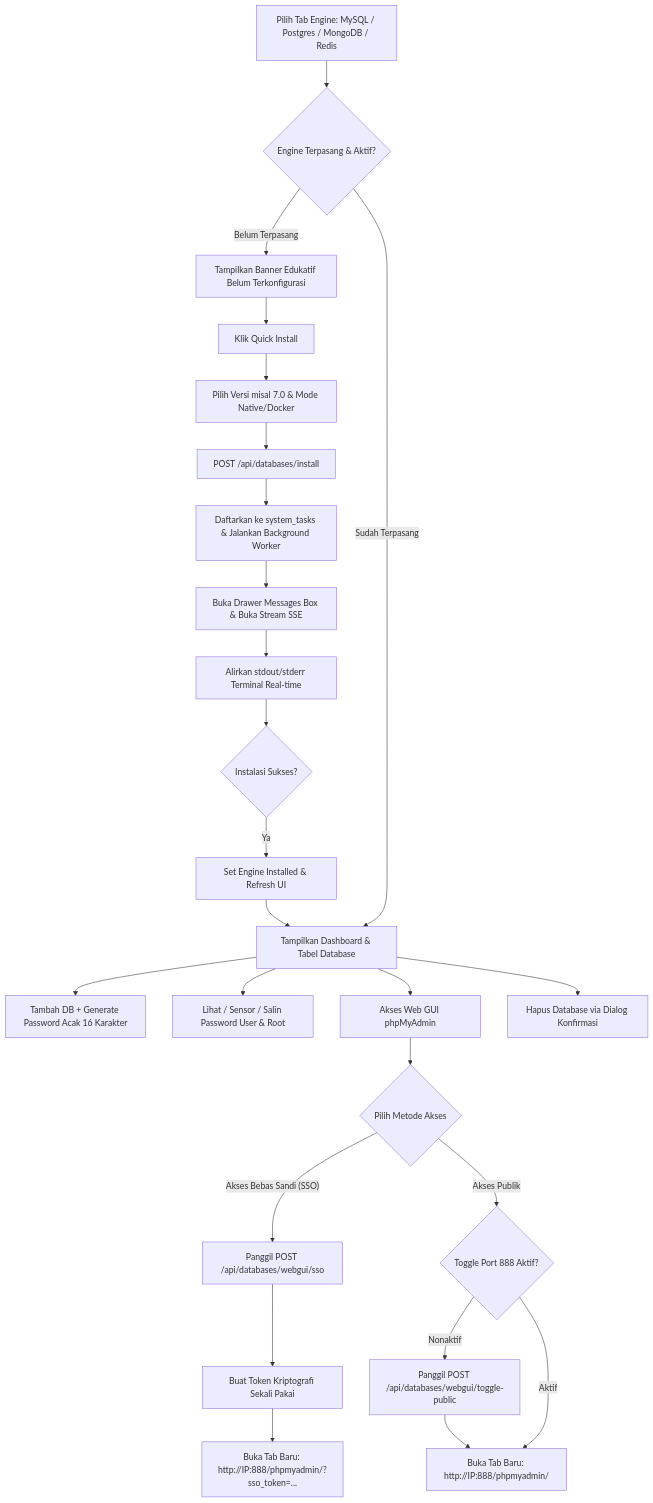
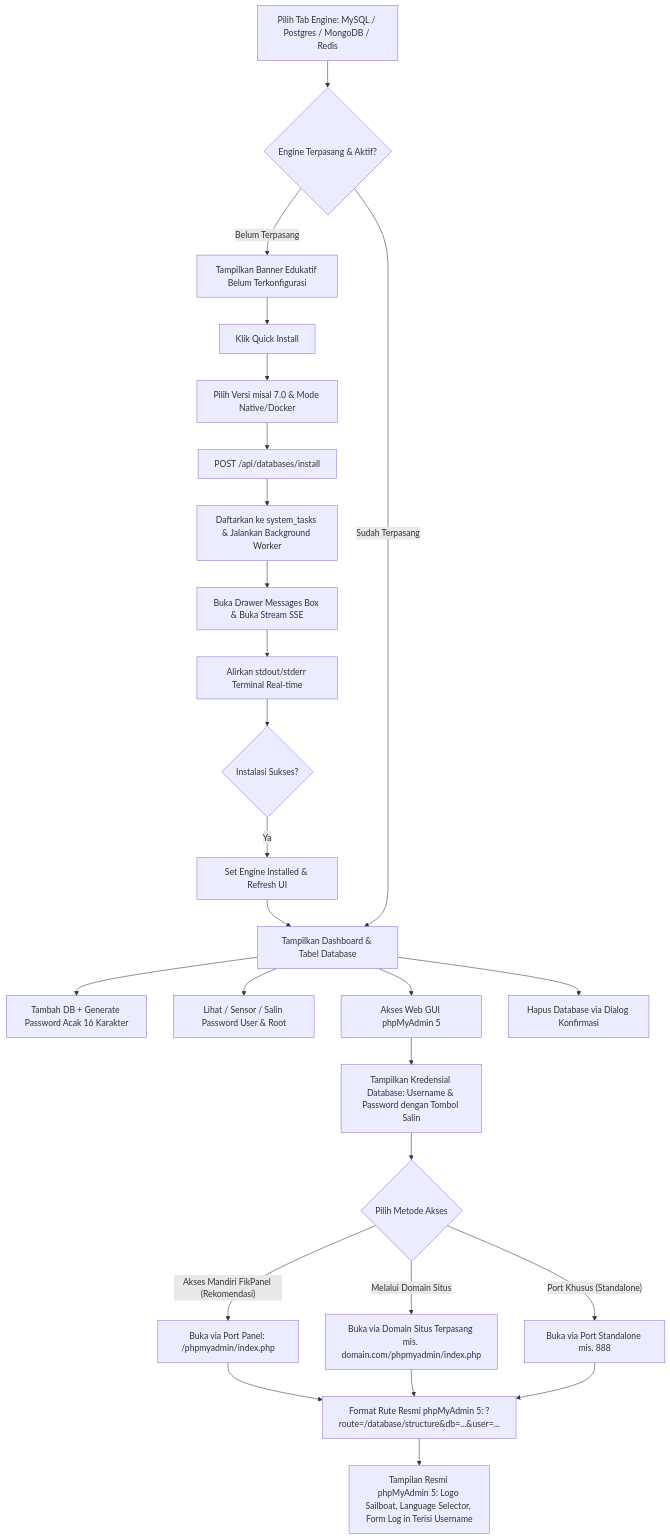
The fourth of 4 diagrams in documentation.md (FikFikk/fikpanel), drawn with Mermaid before and after one commit. The commit also changed 28 other files, not shown here.

Commit message:
feat(database): replicate authentic phpmyadmin 5 interface and url route

````diff
--- a/documentation.md
+++ b/documentation.md
@@ -86,29 +86,30 @@
 ```mermaid
 flowchart TD
     PilihEngine[Pilih Tab Engine: MySQL / Postgres / MongoDB / Redis] --> CekTerpasang{Engine Terpasang & Aktif?}
     
     CekTerpasang -- Belum Terpasang --> EmptyState[Tampilkan Banner Edukatif Belum Terkonfigurasi]
     EmptyState --> KlikInstall[Klik Quick Install]
     KlikInstall --> ModalVersi[Pilih Versi misal 7.0 & Mode Native/Docker]
     ModalVersi --> PicuInstall[POST /api/databases/install]
     PicuInstall --> TaskQueue[Daftarkan ke system_tasks & Jalankan Background Worker]
     TaskQueue --> MessagesBox[Buka Drawer Messages Box & Buka Stream SSE]
     MessagesBox --> StreamLog[Alirkan stdout/stderr Terminal Real-time]
     StreamLog --> SelesaiInstall{Instalasi Sukses?}
     SelesaiInstall -- Ya --> UpdateState[Set Engine Installed & Refresh UI]
     UpdateState --> DashboardDB
     
     CekTerpasang -- Sudah Terpasang --> DashboardDB[Tampilkan Dashboard & Tabel Database]
     DashboardDB --> TambahDB[Tambah DB + Generate Password Acak 16 Karakter]
     DashboardDB --> KelolaPass[Lihat / Sensor / Salin Password User & Root]
-    DashboardDB --> WebGUI[Akses Web GUI phpMyAdmin]
-    WebGUI --> PilihAkses{Pilih Metode Akses}
-    PilihAkses -- Akses Bebas Sandi (SSO) --> GenSSO[Panggil POST /api/databases/webgui/sso]
-    GenSSO --> TokenSSO[Buat Token Kriptografi Sekali Pakai]
-    TokenSSO --> RedirectTab[Buka Tab Baru: http://IP:888/phpmyadmin/?sso_token=...]
-    PilihAkses -- Akses Publik --> CekPortPublik{Toggle Port 888 Aktif?}
-    CekPortPublik -- Nonaktif --> BukaPort[Panggil POST /api/databases/webgui/toggle-public]
-    BukaPort --> BukaURLPublik[Buka Tab Baru: http://IP:888/phpmyadmin/]
-    CekPortPublik -- Aktif --> BukaURLPublik
+    DashboardDB --> WebGUI[Akses Web GUI phpMyAdmin 5]
+    WebGUI --> TampilKredensial[Tampilkan Kredensial Database: Username & Password dengan Tombol Salin]
+    TampilKredensial --> PilihAkses{Pilih Metode Akses}
+    PilihAkses -- Akses Mandiri FikPanel (Rekomendasi) --> AksesPanel[Buka via Port Panel: /phpmyadmin/index.php]
+    PilihAkses -- Melalui Domain Situs --> AksesDomain[Buka via Domain Situs Terpasang mis. domain.com/phpmyadmin/index.php]
+    PilihAkses -- Port Khusus (Standalone) --> AksesPort[Buka via Port Standalone mis. 888]
+    AksesPanel --> RuteResmi[Format Rute Resmi phpMyAdmin 5: ?route=/database/structure&db=...&user=...]
+    AksesDomain --> RuteResmi
+    AksesPort --> RuteResmi
+    RuteResmi --> TampilanPMA[Tampilan Resmi phpMyAdmin 5: Logo Sailboat, Language Selector, Form Log in Terisi Username]
     DashboardDB --> HapusDB[Hapus Database via Dialog Konfirmasi]
 ```
````
